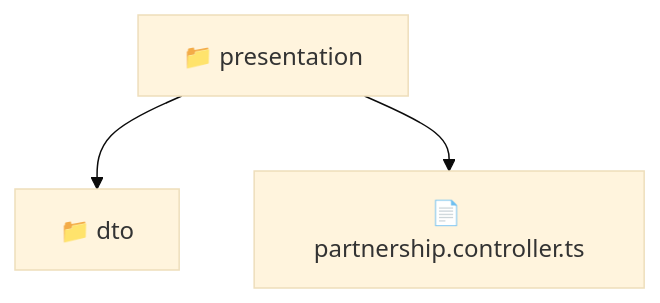
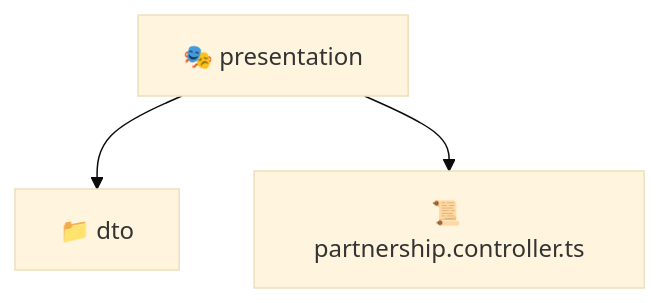
One commit to beginwebdev2002/fullstack-mavluda changed the diagram in backend/src/modules/partnership/presentation/README.md. Above: the diagram before and after it, drawn with Mermaid (base theme). The commit also changed other lines of this file and 163 other files, not shown here.

````diff
--- a/backend/src/modules/partnership/presentation/README.md
+++ b/backend/src/modules/partnership/presentation/README.md
@@ -9,6 +9,6 @@
 ```mermaid
 graph TD
-  Root["📁 presentation"]
-  Root --> dto["📁 dto"]
-  Root --> partnership_controller_ts["📄 partnership.controller.ts"]
+  presentation["🎭 presentation"]
+  presentation --> dto["📁 dto"]
+  presentation --> partnership_controller_ts["📜 partnership.controller.ts"]
 ```
````
